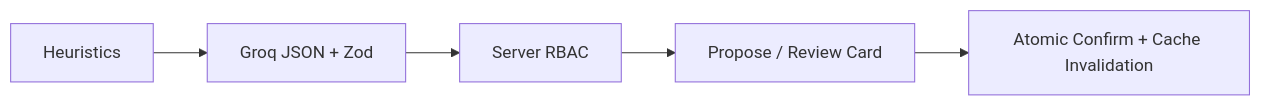
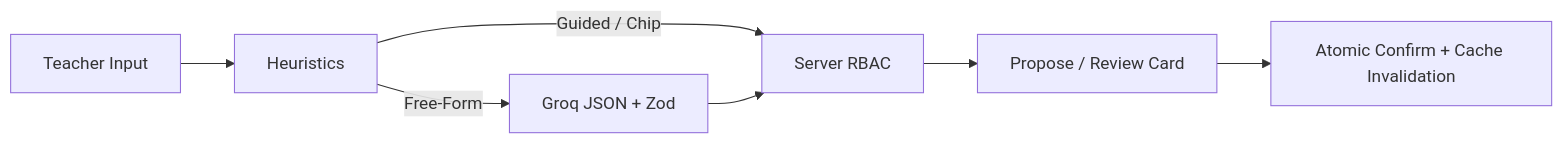
Before and after one commit to smibrahimali/tutify-teacher-ai-case-study: the diagram in README.md, drawn with Mermaid. The commit also changed other lines of this file and 2 other files, not shown here.

````diff
--- a/README.md
+++ b/README.md
@@ -35,7 +36,9 @@
 ```mermaid
 flowchart LR
-  A[Heuristics] --> B[Groq JSON + Zod]
-  B --> C[Server RBAC]
-  C --> D[Propose / Review Card]
-  D --> E[Atomic Confirm + Cache Invalidation]
+  I[Teacher Input] --> H[Heuristics]
+  H -->|Guided / Chip| R[Server RBAC]
+  H -->|Free-Form| G[Groq JSON + Zod]
+  G --> R
+  R --> P[Propose / Review Card]
+  P --> C[Atomic Confirm + Cache Invalidation]
 ```
````
